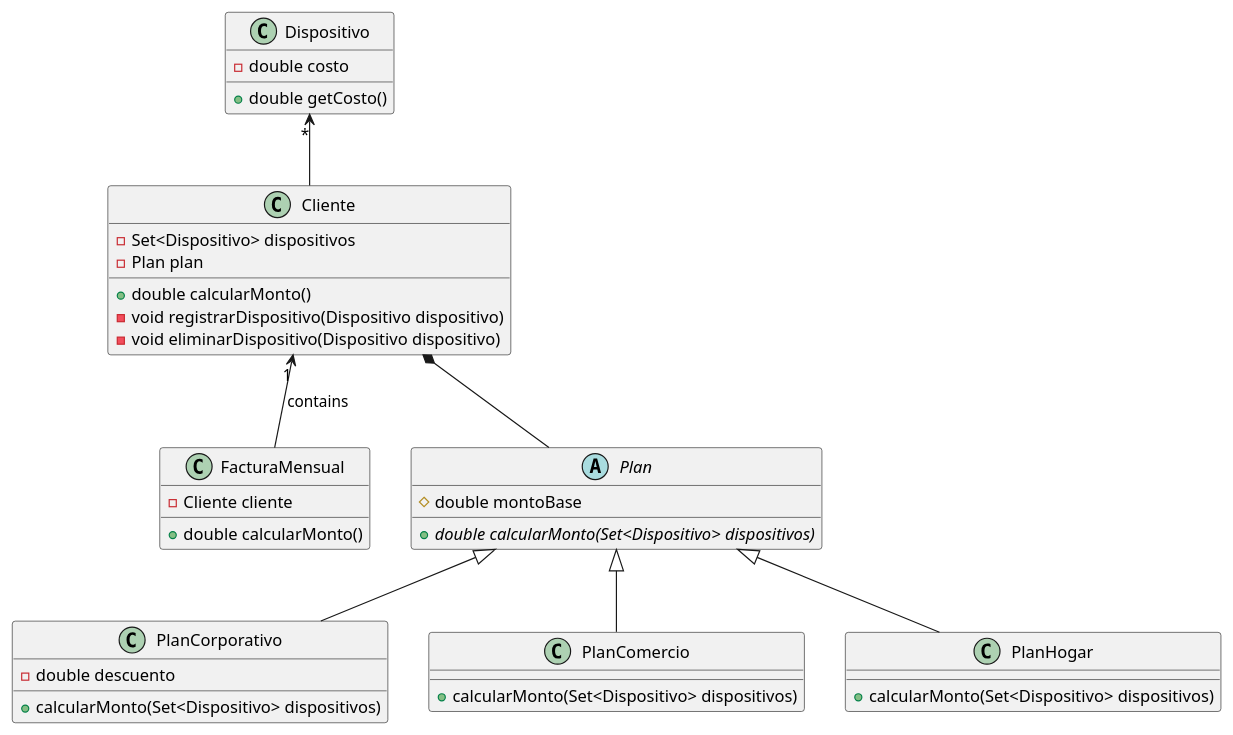
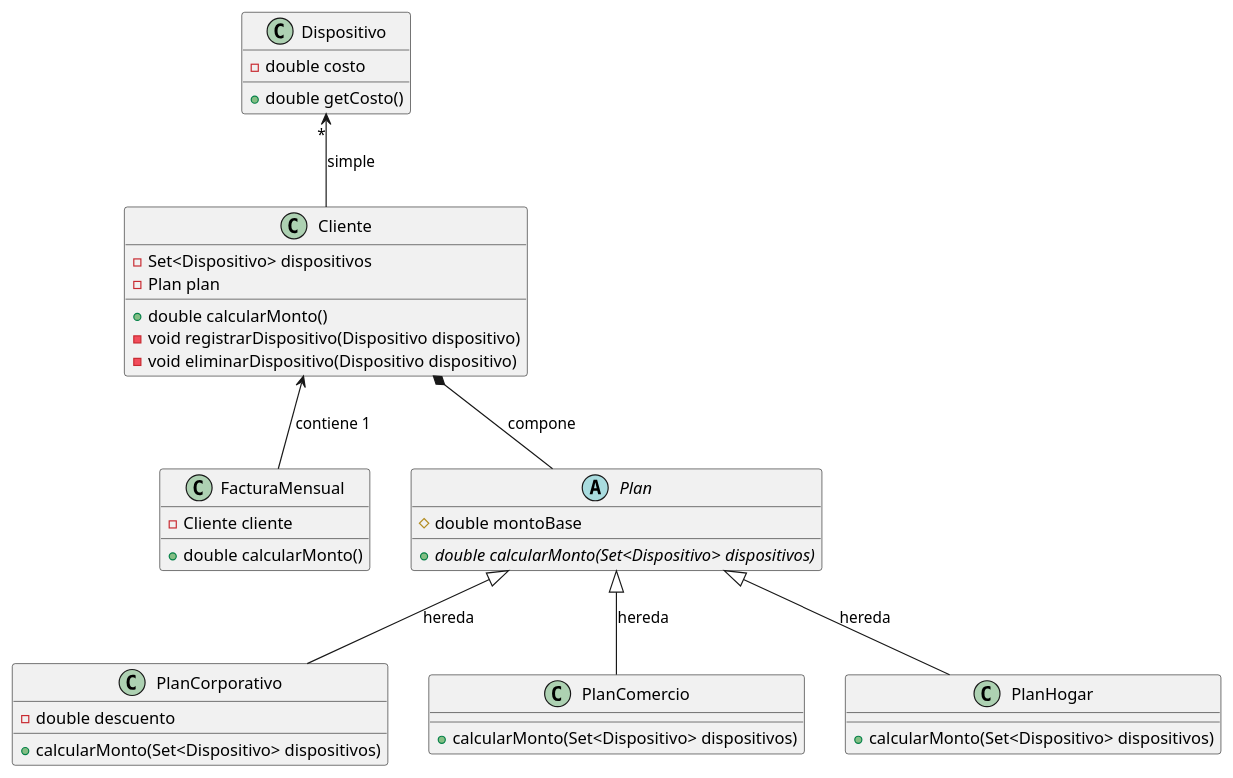
One commit to fonsecanico/dds-practica-e1-smartlife changed the diagram in src/smartlife-class-diagram.puml. Above: the diagram before and after it, drawn with PlantUML.

Commit message:
update plantuml para comunicar mejor la idea

```diff
--- a/src/smartlife-class-diagram.puml
+++ b/src/smartlife-class-diagram.puml
@@ -1,46 +1,46 @@
 @startuml
 'https://plantuml.com/class-diagram
 
 class FacturaMensual
 {
 - Cliente cliente
 + double calcularMonto()
 }
 
 class Cliente {
 - Set<Dispositivo> dispositivos
 - Plan plan
 + double calcularMonto()
 - void registrarDispositivo(Dispositivo dispositivo)
 - void eliminarDispositivo(Dispositivo dispositivo)
 }
 
 class Dispositivo
 {
 - double costo
 + double getCosto()
 }
 
 abstract class Plan {
 # double montoBase
 + {abstract} double calcularMonto(Set<Dispositivo> dispositivos)
 }
 
 class PlanCorporativo {
 - double descuento
 + calcularMonto(Set<Dispositivo> dispositivos)
 }
 class PlanComercio {
 + calcularMonto(Set<Dispositivo> dispositivos)
 }
 class PlanHogar {
 + calcularMonto(Set<Dispositivo> dispositivos)
 }
 
-Cliente *-- Plan
-Plan <|-- PlanCorporativo
-Plan <|-- PlanComercio
-Plan <|-- PlanHogar
-Cliente "1"<-- FacturaMensual : contains
-Dispositivo "*" <-- Cliente
+Cliente *-- Plan : compone
+Plan <|-- PlanCorporativo : hereda
+Plan <|-- PlanComercio : hereda
+Plan <|-- PlanHogar : hereda
+Cliente <-- FacturaMensual : contiene 1
+Dispositivo "*" <-- Cliente: simple
 @enduml
```
